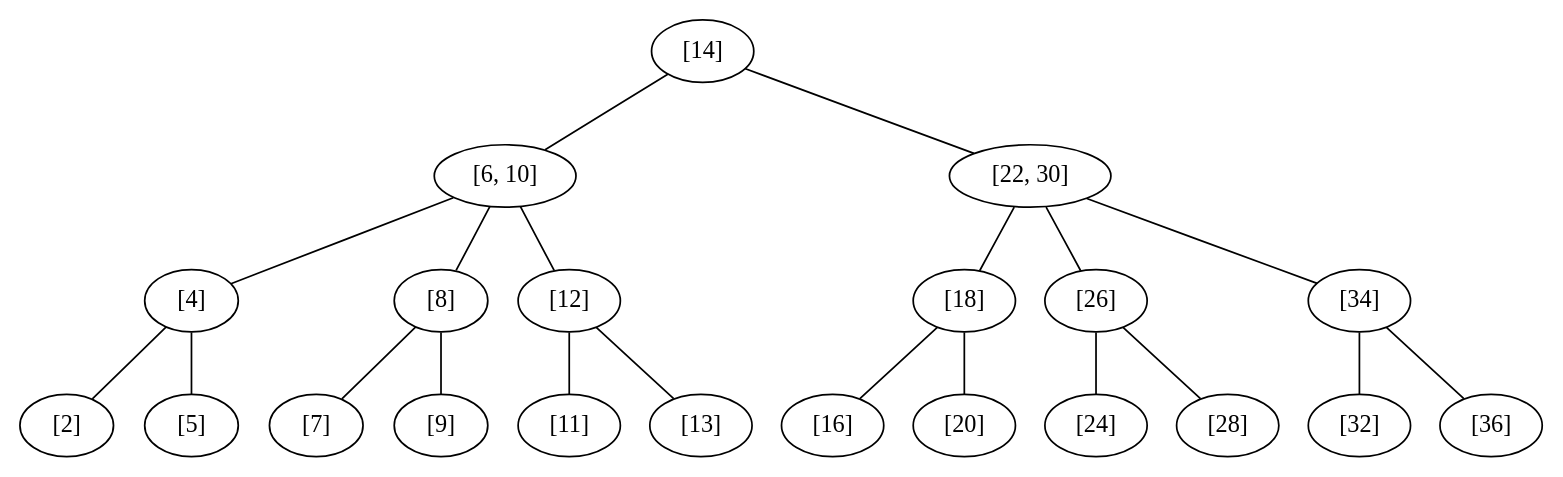
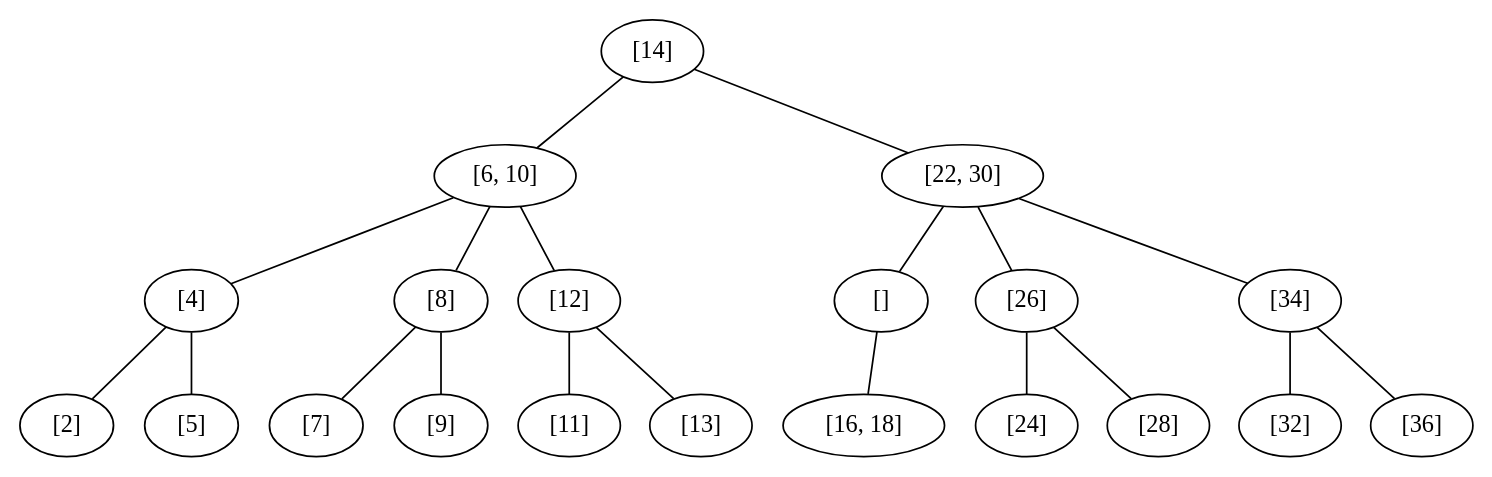
Before and after one commit to mamadouxxx/arbre-b: the diagram in src/ArbreB/Graph.gv, drawn with Graphviz. The commit also changed 5 other files, not shown here.

```diff
--- a/src/ArbreB/Graph.gv
+++ b/src/ArbreB/Graph.gv
@@ -1,63 +1,60 @@
 graph {
 	"[14]"
 	"[6, 10]"
 	"[14]" -- "[6, 10]"
 	"[6, 10]"
 	"[4]"
 	"[6, 10]" -- "[4]"
 	"[4]"
 	"[2]"
 	"[4]" -- "[2]"
 	"[2]"
 	"[5]"
 	"[4]" -- "[5]"
 	"[5]"
 	"[8]"
 	"[6, 10]" -- "[8]"
 	"[8]"
 	"[7]"
 	"[8]" -- "[7]"
 	"[7]"
 	"[9]"
 	"[8]" -- "[9]"
 	"[9]"
 	"[12]"
 	"[6, 10]" -- "[12]"
 	"[12]"
 	"[11]"
 	"[12]" -- "[11]"
 	"[11]"
 	"[13]"
 	"[12]" -- "[13]"
 	"[13]"
 	"[22, 30]"
 	"[14]" -- "[22, 30]"
 	"[22, 30]"
-	"[18]"
-	"[22, 30]" -- "[18]"
-	"[18]"
-	"[16]"
-	"[18]" -- "[16]"
-	"[16]"
-	"[20]"
-	"[18]" -- "[20]"
-	"[20]"
+	"[]"
+	"[22, 30]" -- "[]"
+	"[]"
+	"[16, 18]"
+	"[]" -- "[16, 18]"
+	"[16, 18]"
 	"[26]"
 	"[22, 30]" -- "[26]"
 	"[26]"
 	"[24]"
 	"[26]" -- "[24]"
 	"[24]"
 	"[28]"
 	"[26]" -- "[28]"
 	"[28]"
 	"[34]"
 	"[22, 30]" -- "[34]"
 	"[34]"
 	"[32]"
 	"[34]" -- "[32]"
 	"[32]"
 	"[36]"
 	"[34]" -- "[36]"
 	"[36]"
 }
```
